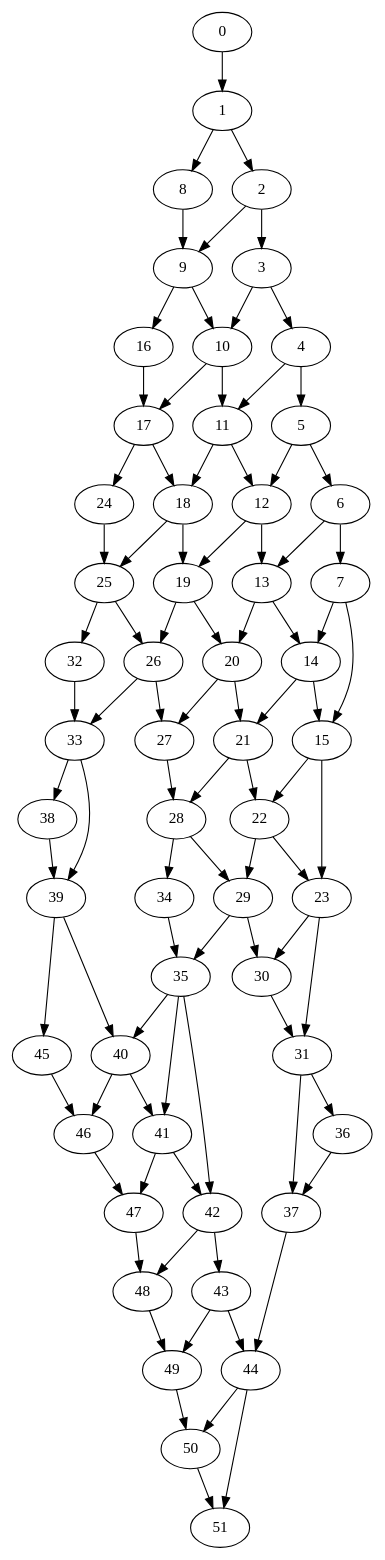
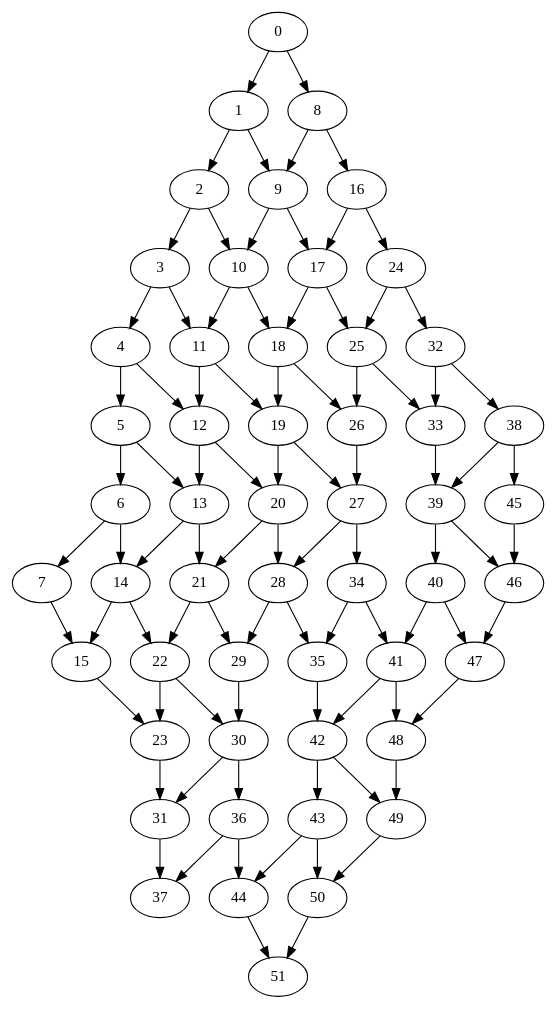
One commit to nox-x/finder changed the diagram in dot/graph52f.txt.dot. Above: the diagram before and after it, drawn with Graphviz. The commit also changed 23 other files, not shown here.

```diff
--- a/dot/graph52f.txt.dot
+++ b/dot/graph52f.txt.dot
@@ -1,54 +1,87 @@
 digraph G {
-35 -> 40
-0 -> 1 -> 8
-1 -> 2 -> 9
-2 -> 3 -> 10
-3 -> 4 -> 11
-4 -> 5 -> 12
-5 -> 6 -> 13
-6 -> 7 -> 14
+0 -> 1
+0 -> 8
+1 -> 2
+1 -> 9
+2 -> 3
+2 -> 10
+3 -> 4
+3 -> 11
+4 -> 5
+4 -> 12
+5 -> 6
+5 -> 13
+6 -> 7
+6 -> 14
 7 -> 15
-8 -> 9 -> 16
-9 -> 10 -> 17
-10 -> 11 -> 18
-11 -> 12 -> 19
-12 -> 13 -> 20
-13 -> 14 -> 21
-14 -> 15 -> 22
+8 -> 9
+8 -> 16
+9 -> 10
+9 -> 17
+10 -> 11
+10 -> 18
+11 -> 12
+11 -> 19
+12 -> 13
+12 -> 20
+13 -> 14
+13 -> 21
+14 -> 15
+14 -> 22
 15 -> 23
-16 -> 17 -> 24
-17 -> 18 -> 25
-18 -> 19 -> 26
-19 -> 20 -> 27
-20 -> 21 -> 28
-21 -> 22 -> 29
-22 -> 23 -> 30
+16 -> 17
+16 -> 24
+17 -> 18
+17 -> 25
+18 -> 19
+18 -> 26
+19 -> 20
+19 -> 27
+20 -> 21
+20 -> 28
+21 -> 22
+21 -> 29
+22 -> 23
+22 -> 30
 23 -> 31
-24 -> 25 -> 32
-25 -> 26 -> 33
+24 -> 25
+24 -> 32
+25 -> 26
+25 -> 33
 26 -> 27
-27 -> 28 -> 34
-28 -> 29 -> 35
+27 -> 28
+27 -> 34
+28 -> 29
+28 -> 35
 29 -> 30
-30 -> 31 -> 36
+30 -> 31
+30 -> 36
 31 -> 37
-32 -> 33 -> 38
+32 -> 33
+32 -> 38
 33 -> 39
-34 -> 35 -> 41
+34 -> 35
+34 -> 41
 35 -> 42
-36 -> 37 -> 44
-37
-38 -> 39 -> 45
-39 -> 40 -> 46
-40 -> 41 -> 47
-41 -> 42 -> 48
-42 -> 43 -> 49
-43 -> 44 -> 50
+36 -> 37
+36 -> 44
+38 -> 39
+38 -> 45
+39 -> 40
+39 -> 46
+40 -> 41
+40 -> 47
+41 -> 42
+41 -> 48
+42 -> 43
+42 -> 49
+43 -> 44
+43 -> 50
 44 -> 51
 45 -> 46
 46 -> 47
 47 -> 48
 48 -> 49
 49 -> 50
 50 -> 51
-51}
+}
```
